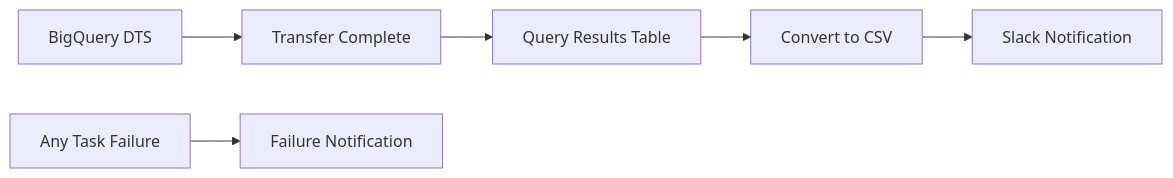
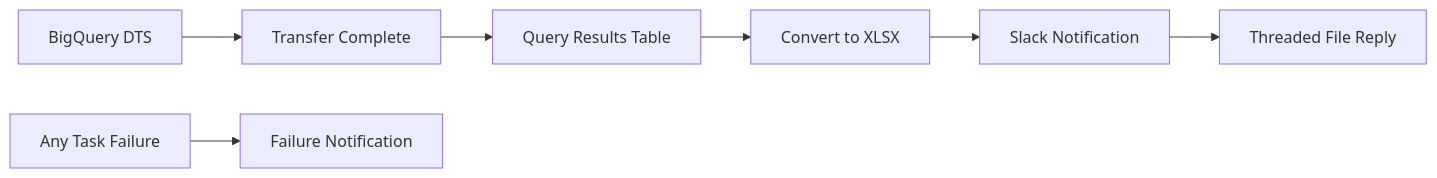
Before and after one commit to ashyam-saras/data-latency-alerts: the first of 2 diagrams in README.md, drawn with Mermaid. The commit also changed other lines of this file, not shown here.

Commit message:
Update README to reflect changes in Data Latency Alerts DAG: switch from CSV to XLSX report generation, enhance Slack notifications with threaded file attachments, and improve organization of success and error messages.

````diff
--- a/README.md
+++ b/README.md
@@ -75,9 +76,10 @@
 ```mermaid
 graph LR
     A[BigQuery DTS] --> B[Transfer Complete]
     B --> C[Query Results Table]
-    C --> D[Convert to CSV]
+    C --> D[Convert to XLSX]
     D --> E[Slack Notification]
+    E --> F[Threaded File Reply]
     
-    F[Any Task Failure] --> G[Failure Notification]
+    G[Any Task Failure] --> H[Failure Notification]
 ```
````
